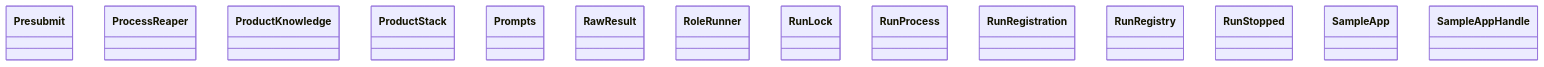
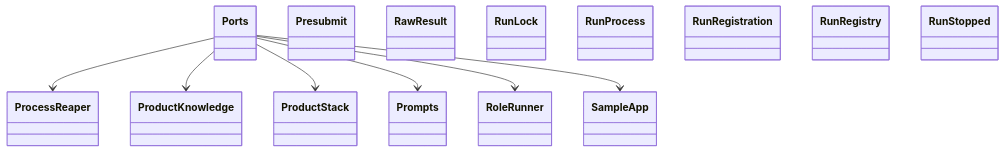
The diagram in docs/architecture/generated/classes-process-application-support-4.md (GonzaloZevallos/agentic-system), drawn with Mermaid before and after one commit. The commit also changed other lines of this file and 10 other files, not shown here.

Commit message:
Regenerate the architecture docs for the check-run log

````diff
--- a/docs/architecture/generated/classes-process-application-support-4.md
+++ b/docs/architecture/generated/classes-process-application-support-4.md
@@ -16,17 +16,23 @@
 ```mermaid
 classDiagram
+    class ports__Ports["Ports"]
     class ports__Presubmit["Presubmit"]
     class ports__ProcessReaper["ProcessReaper"]
     class ports__ProductKnowledge["ProductKnowledge"]
     class ports__ProductStack["ProductStack"]
     class ports__Prompts["Prompts"]
     class ports__RawResult["RawResult"]
     class ports__RoleRunner["RoleRunner"]
     class ports__RunLock["RunLock"]
     class ports__RunProcess["RunProcess"]
     class ports__RunRegistration["RunRegistration"]
     class ports__RunRegistry["RunRegistry"]
     class ports__RunStopped["RunStopped"]
     class ports__SampleApp["SampleApp"]
-    class ports__SampleAppHandle["SampleAppHandle"]
+    ports__Ports --> ports__ProcessReaper
+    ports__Ports --> ports__ProductKnowledge
+    ports__Ports --> ports__ProductStack
+    ports__Ports --> ports__Prompts
+    ports__Ports --> ports__RoleRunner
+    ports__Ports --> ports__SampleApp
 ```
````
